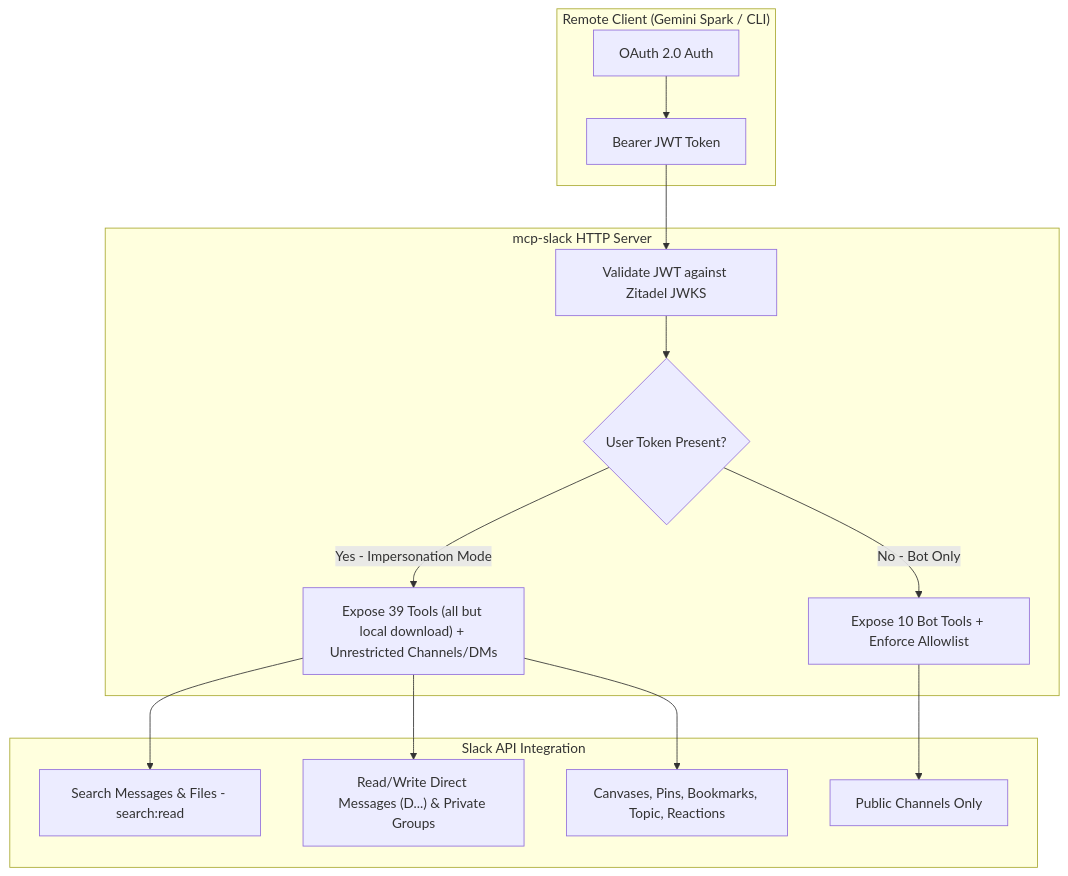
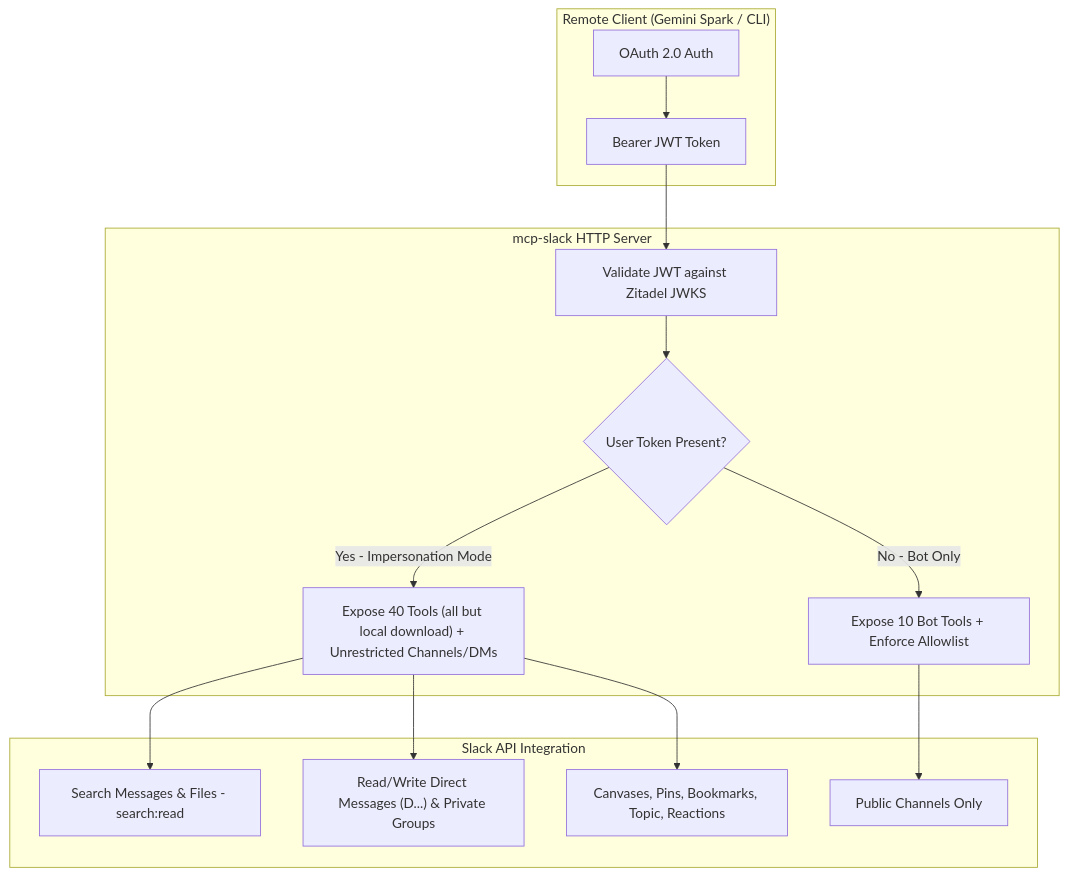
The first of 3 diagrams in apps/mcp/slack/README.md (VitruvianSoftware/vitruvian-core), drawn with Mermaid before and after one commit. The commit also changed other lines of this file and 5 other files, not shown here.

````diff
--- a/apps/mcp/slack/README.md
+++ b/apps/mcp/slack/README.md
@@ -18,20 +18,20 @@
 ```mermaid
 flowchart TD
     subgraph Client["Remote Client (Gemini Spark / CLI)"]
         A["OAuth 2.0 Auth"] --> B["Bearer JWT Token"]
     end
 
     subgraph Service["mcp-slack HTTP Server"]
         B --> C["Validate JWT against Zitadel JWKS"]
         C --> D{"User Token Present?"}
-        D -->|Yes - Impersonation Mode| E["Expose 39 Tools (all but local download) + Unrestricted Channels/DMs"]
+        D -->|Yes - Impersonation Mode| E["Expose 40 Tools (all but local download) + Unrestricted Channels/DMs"]
         D -->|No - Bot Only| F["Expose 10 Bot Tools + Enforce Allowlist"]
     end
 
     subgraph Slack["Slack API Integration"]
         E --> G["Search Messages & Files - search:read"]
         E --> H["Read/Write Direct Messages (D...) & Private Groups"]
         E --> I["Canvases, Pins, Bookmarks, Topic, Reactions"]
         F --> J["Public Channels Only"]
     end
 ```
````
